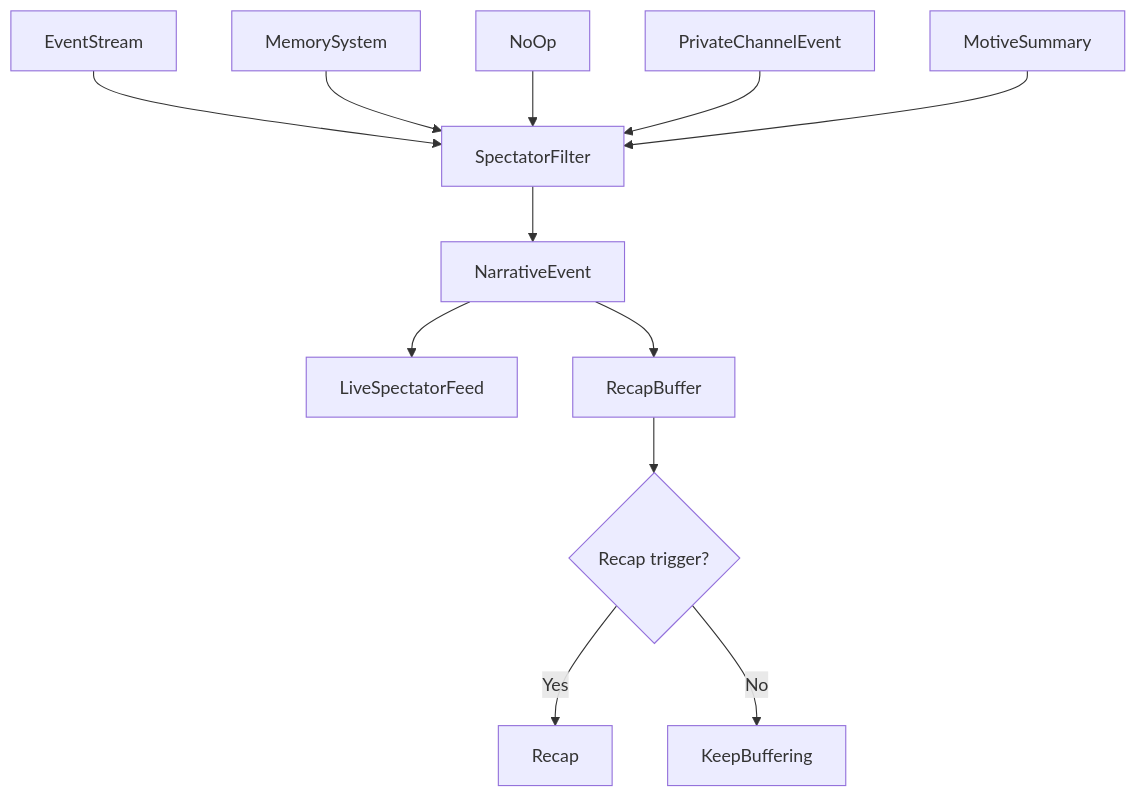
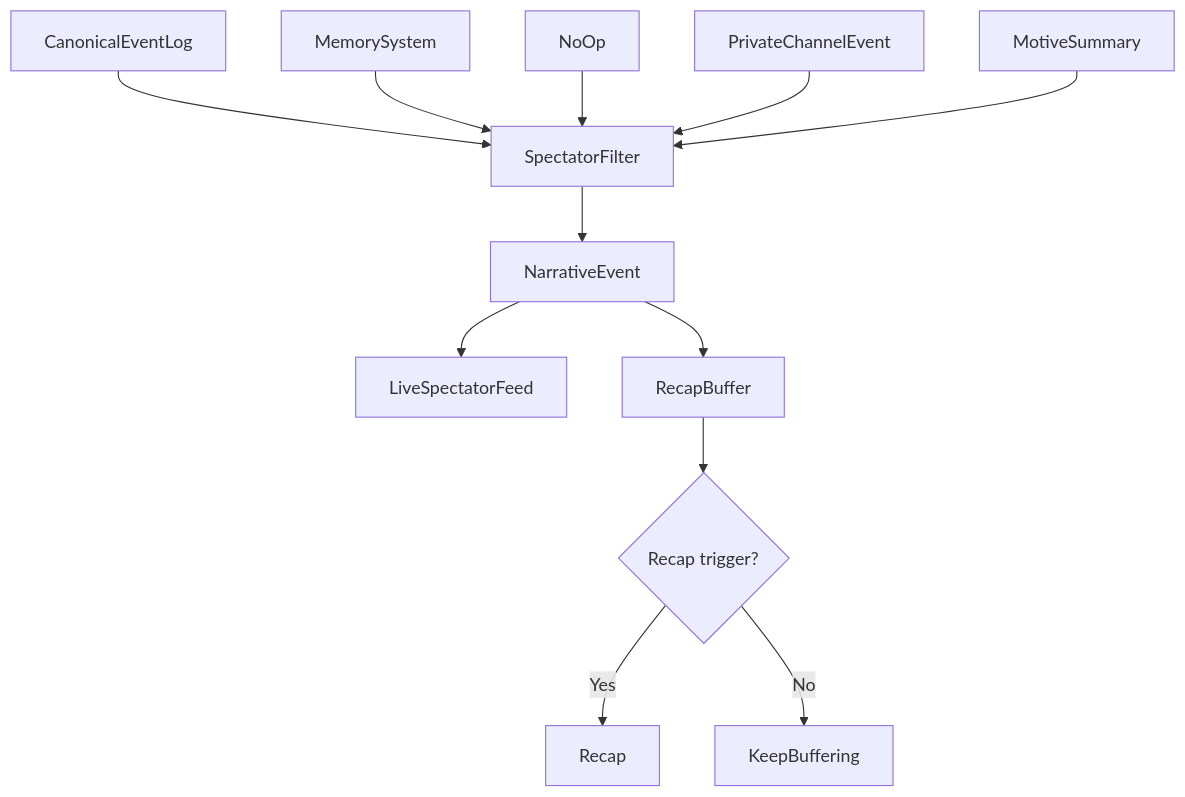
One commit to caiotheodoro/perfectman changed diagram 13 of 19 in docs/architecture/social-presence.md. Above: the diagram before and after it, drawn with Mermaid. The commit also changed other lines of this file and 12 other files, not shown here.

Commit message:
docs: align LLM runtime with delivery architecture

````diff
--- a/docs/architecture/social-presence.md
+++ b/docs/architecture/social-presence.md
@@ -490,14 +498,14 @@
 ```mermaid
 flowchart TD
-    eventStream[EventStream] --> spectatorFilter[SpectatorFilter]
+    eventLog[CanonicalEventLog] --> spectatorFilter[SpectatorFilter]
     memorySystem[MemorySystem] --> spectatorFilter
     noOp[NoOp] --> spectatorFilter
     privateChannelEvent[PrivateChannelEvent] --> spectatorFilter
     motiveSummary[MotiveSummary] --> spectatorFilter
     spectatorFilter --> narrativeEvent[NarrativeEvent]
     narrativeEvent --> liveFeed[LiveSpectatorFeed]
     narrativeEvent --> recapBuffer[RecapBuffer]
     recapBuffer --> recapTrigger{Recap trigger?}
     recapTrigger -->|Yes| recap[Recap]
     recapTrigger -->|No| keepBuffer[KeepBuffering]
 ```
````
